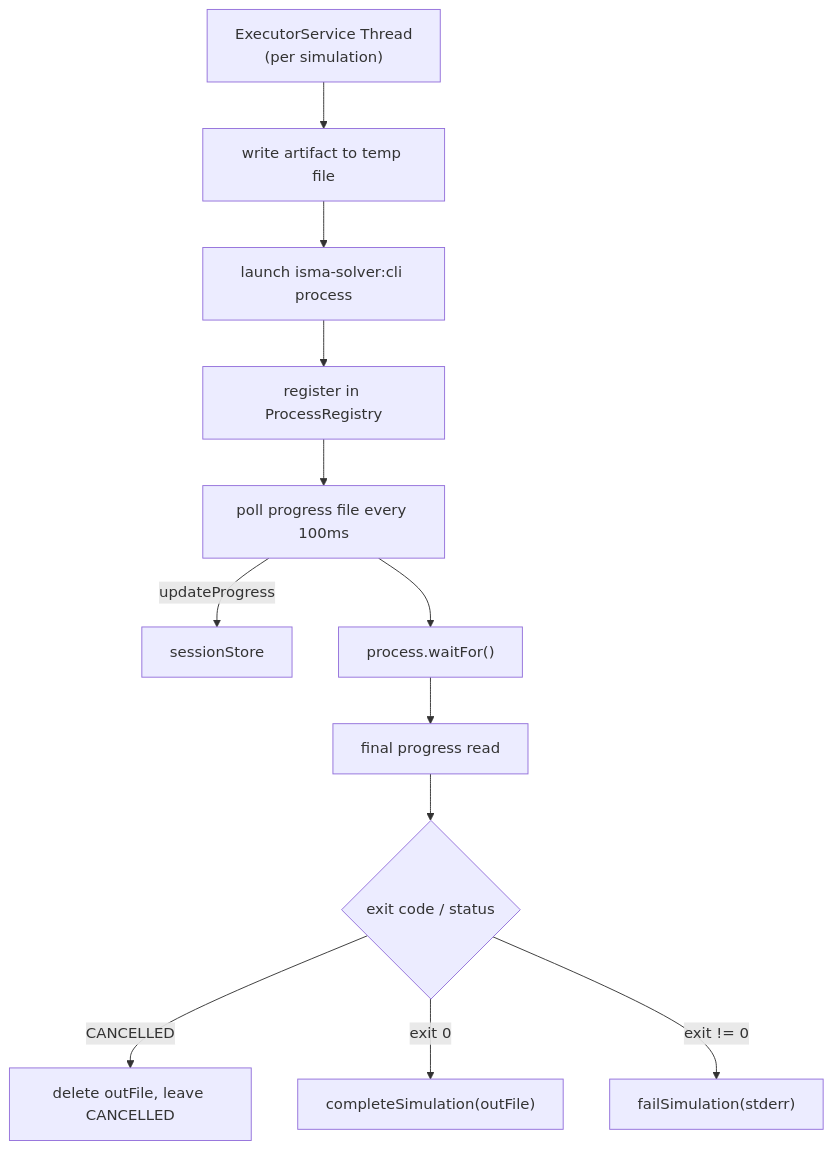
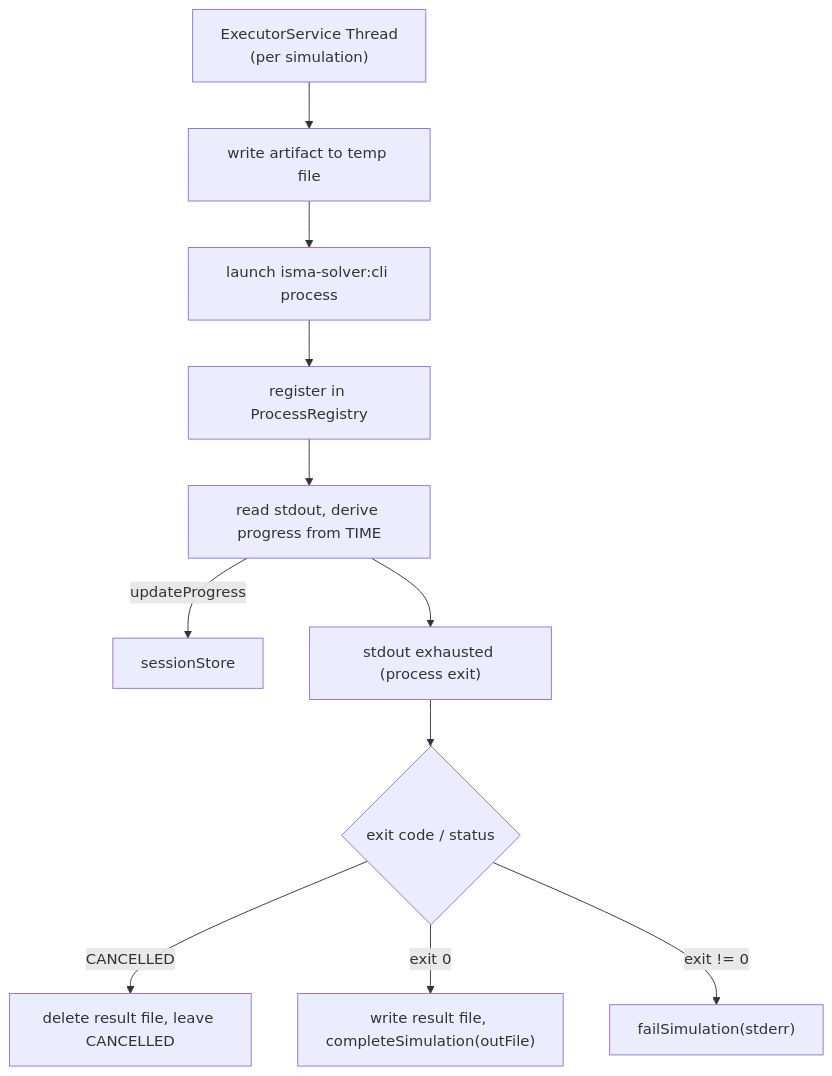
One commit to SmallBossGames/isma changed the second of 2 diagrams in docs/isma-daemon/04-infrastructure-layer.md. Above: the diagram before and after it, drawn with Mermaid. The commit also changed other lines of this file and 16 other files, not shown here.

Commit message:
Result into stdout

````diff
--- a/docs/isma-daemon/04-infrastructure-layer.md
+++ b/docs/isma-daemon/04-infrastructure-layer.md
@@ -125,14 +125,13 @@
 ```mermaid
 graph TB
     ES["ExecutorService Thread\n(per simulation)"] --> W["write artifact to temp file"]
     W --> L["launch isma-solver:cli process"]
     L --> R["register in ProcessRegistry"]
-    R --> P["poll progress file every 100ms"]
+    R --> P["read stdout, derive progress from TIME"]
     P -->|"updateProgress"| Store["sessionStore"]
-    P --> E["process.waitFor()"]
-    E --> FP["final progress read"]
-    FP --> C{"exit code / status"}
-    C -->|"CANCELLED"| CD["delete outFile, leave CANCELLED"]
-    C -->|"exit 0"| CC["completeSimulation(outFile)"]
+    P --> E["stdout exhausted (process exit)"]
+    E --> C{"exit code / status"}
+    C -->|"CANCELLED"| CD["delete result file, leave CANCELLED"]
+    C -->|"exit 0"| CC["write result file, completeSimulation(outFile)"]
     C -->|"exit != 0"| CF["failSimulation(stderr)"]
 ```
````
